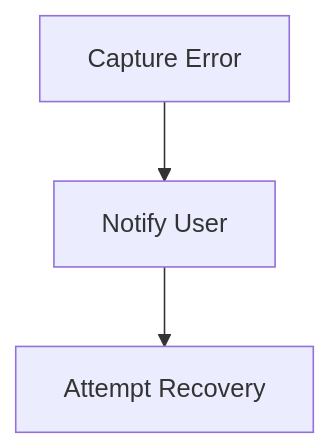
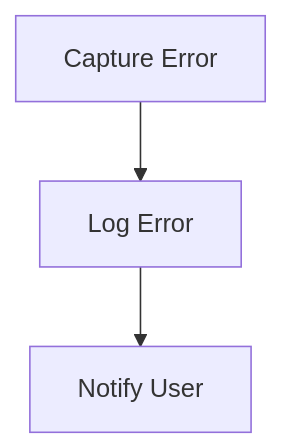
The diagram in docs/workflows/error-handling.md (mmethodz/dreamgraph), drawn with Mermaid before and after one commit. The commit also changed other lines of this file and 238 other files, not shown here.

````diff
--- a/docs/workflows/error-handling.md
+++ b/docs/workflows/error-handling.md
@@ -10,8 +10,8 @@
 ```mermaid
 flowchart TD
     S1["Capture Error"]
-    S2["Notify User"]
+    S2["Log Error"]
     S1 --> S2
-    S3["Attempt Recovery"]
+    S3["Notify User"]
     S2 --> S3
 ```
````
